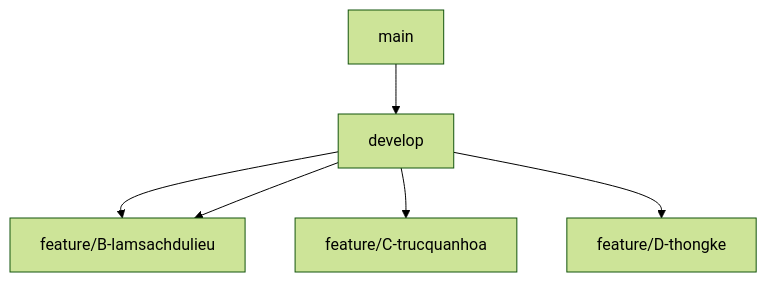
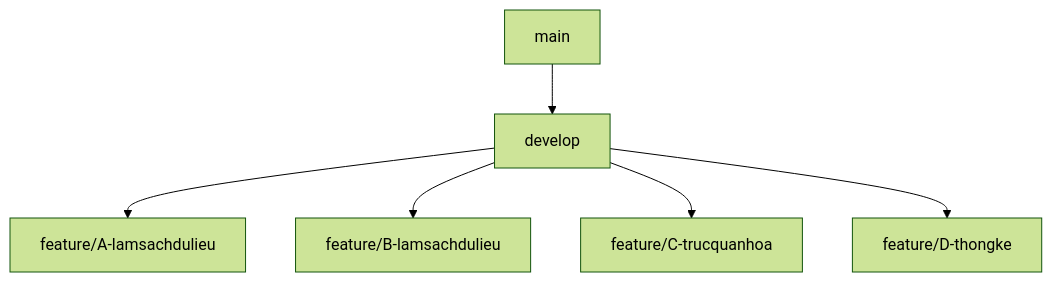
The diagram in README.md (nguyendat6625/uneti-ds-project1-sleep-health), drawn with Mermaid (forest theme) before and after one commit.

Commit message:
update file readme.md

````diff
--- a/README.md
+++ b/README.md
@@ -23,8 +23,8 @@
 ```mermaid
 graph TD;
     A[main] --> B[develop];
     B --> C[feature/A-lamsachdulieu];
-    B --> C[feature/B-lamsachdulieu];
+    B --> G[feature/B-lamsachdulieu];
     B --> D[feature/C-trucquanhoa];
     B --> E[feature/D-thongke];
 ```
````
